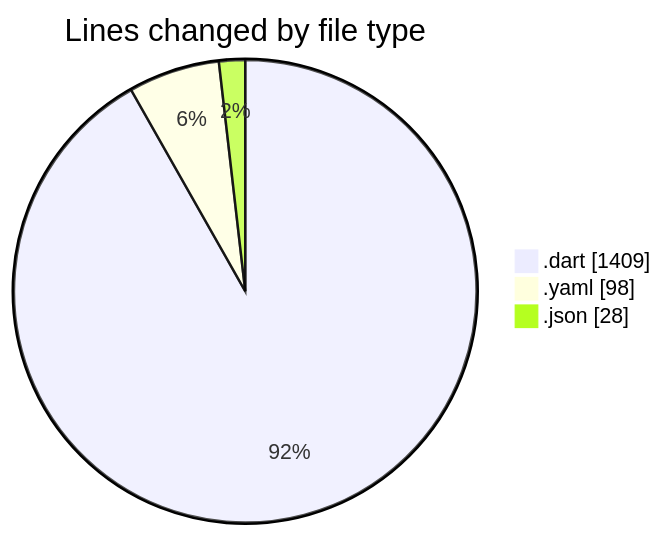
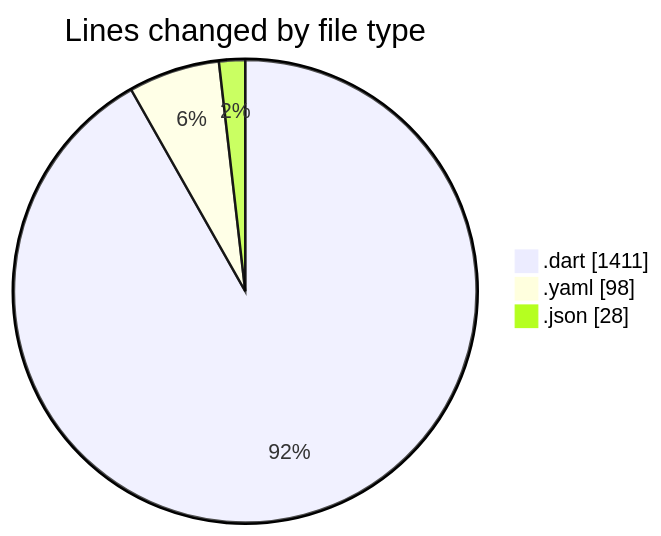
The first of 2 diagrams in 2025-11-01/weather_insights_app/README.md (donsfak/code-tracking), drawn with Mermaid before and after one commit. The commit also changed other lines of this file and 1 other file, not shown here.

````diff
--- a/2025-11-01/weather_insights_app/README.md
+++ b/2025-11-01/weather_insights_app/README.md
@@ -28,7 +28,7 @@
 ```mermaid
 pie showData
 title Lines changed by file type
-".dart" : 1409
+".dart" : 1411
 ".yaml" : 98
 ".json" : 28
 ```
````
